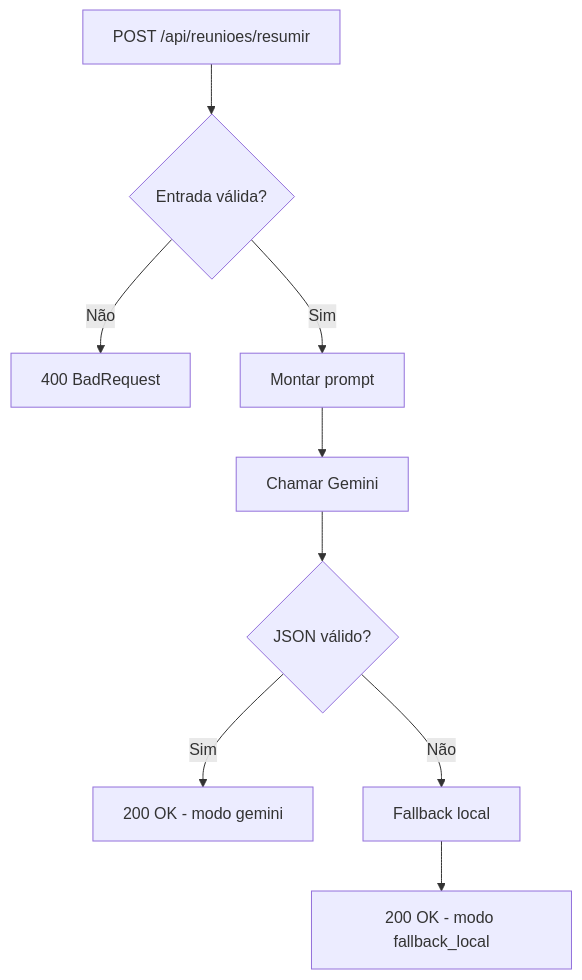
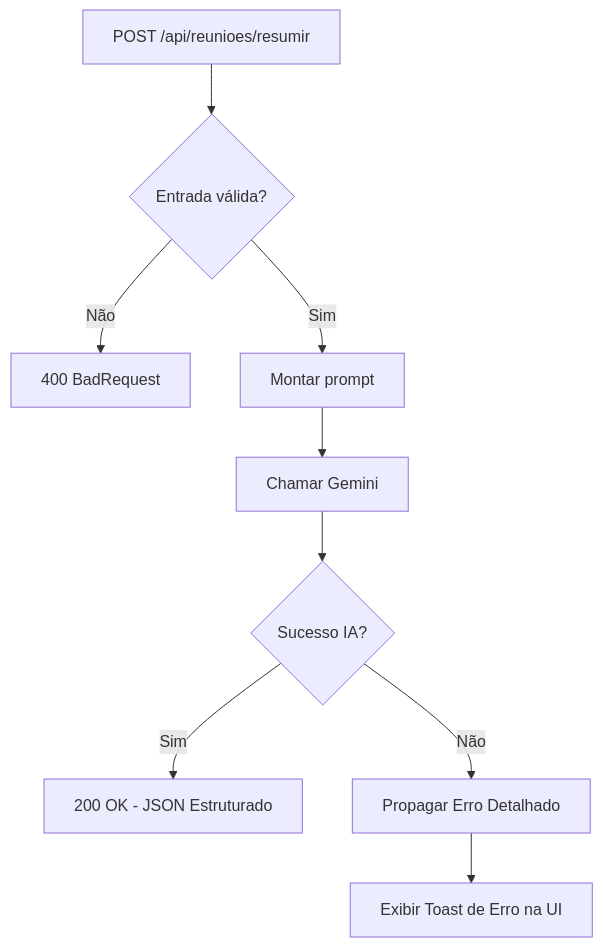
The diagram in README.md (MarceloPV2020/EasyMeet), drawn with Mermaid before and after one commit. The commit also changed other lines of this file and 10 other files, not shown here.

````diff
--- a/README.md
+++ b/README.md
@@ -77,11 +79,11 @@
 ```mermaid
 flowchart TD
     A[POST /api/reunioes/resumir] --> B{Entrada válida?}
     B -- Não --> C[400 BadRequest]
     B -- Sim --> D[Montar prompt]
     D --> E[Chamar Gemini]
-    E --> F{JSON válido?}
-    F -- Sim --> G[200 OK - modo gemini]
-    F -- Não --> H[Fallback local]
-    H --> I[200 OK - modo fallback_local]
+    E --> F{Sucesso IA?}
+    F -- Sim --> G[200 OK - JSON Estruturado]
+    F -- Não --> H[Propagar Erro Detalhado]
+    H --> I[Exibir Toast de Erro na UI]
 ```
````
